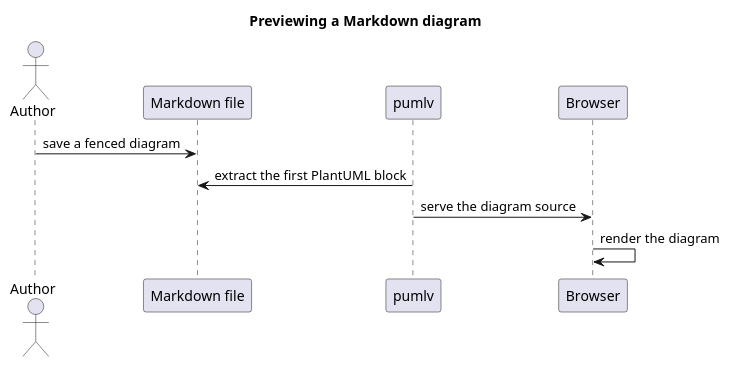
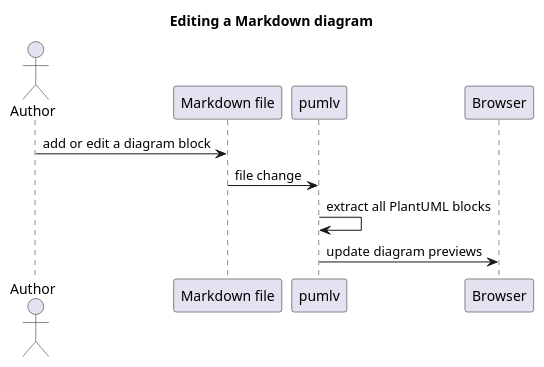
The first of 3 diagrams in examples/markdown.md (rin2yh/pumlv), drawn with PlantUML before and after one commit. The commit also changed other lines of this file, not shown here.

Commit message:
docs(examples): show three PlantUML diagram types

````diff
--- a/examples/markdown.md
+++ b/examples/markdown.md
@@ -8,13 +9,13 @@
 ```plantuml
-title Previewing a Markdown diagram
+title Editing a Markdown diagram
 
 actor Author
 participant "Markdown file" as Markdown
 participant pumlv
 participant Browser
 
-Author -> Markdown: save a fenced diagram
-pumlv -> Markdown: extract the first PlantUML block
-pumlv -> Browser: serve the diagram source
-Browser -> Browser: render the diagram
+Author -> Markdown: add or edit a diagram block
+Markdown -> pumlv: file change
+pumlv -> pumlv: extract all PlantUML blocks
+pumlv -> Browser: update diagram previews
 ```
````
